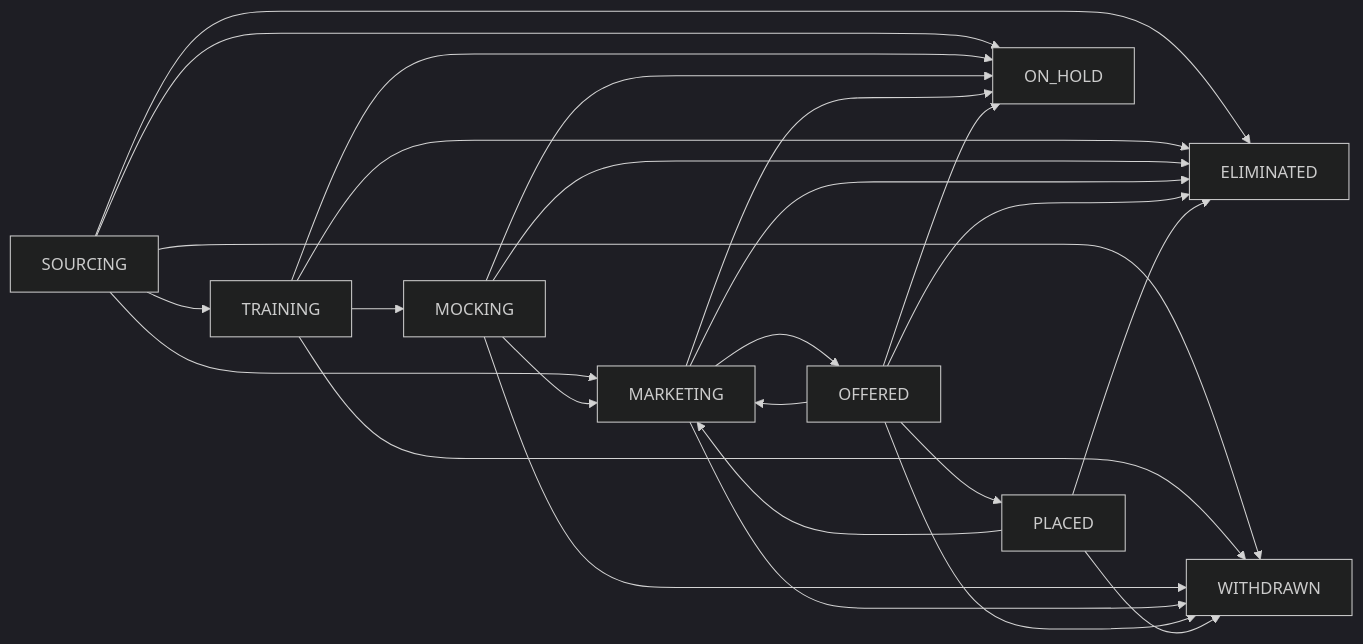
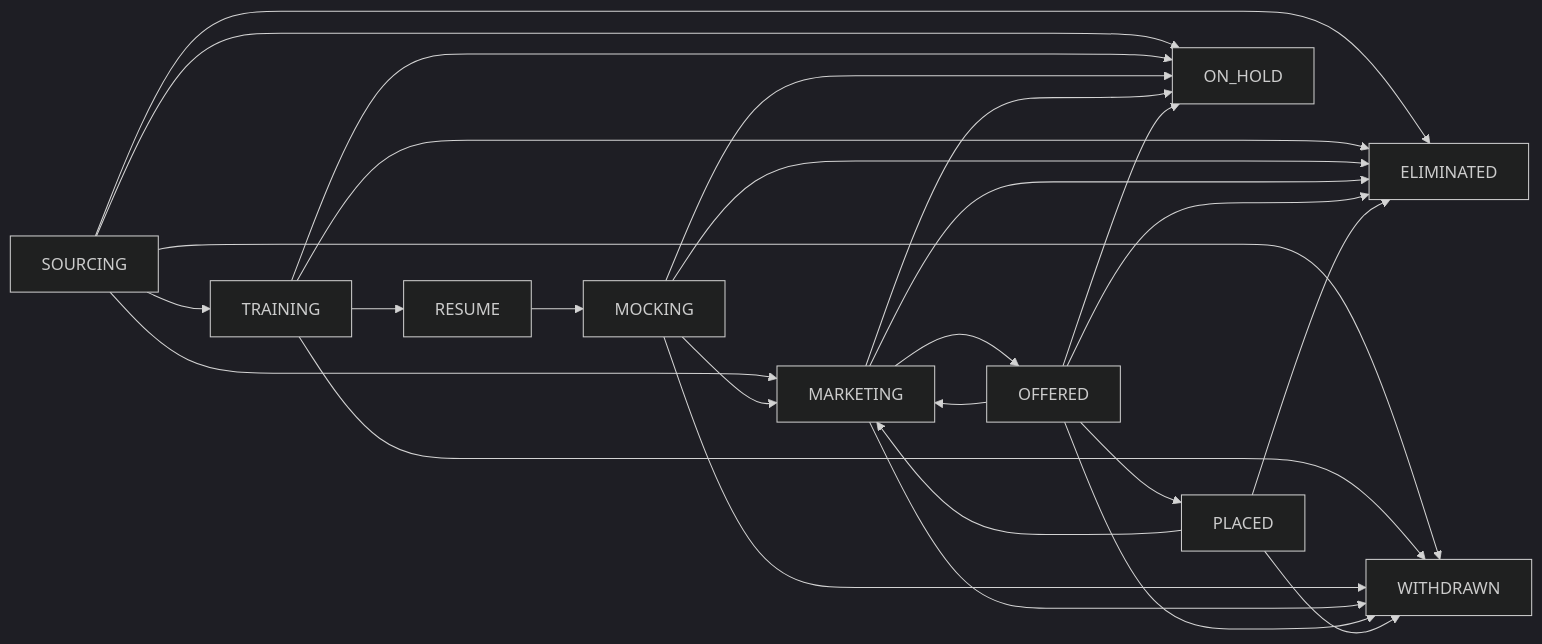
The diagram in DESIGN-CANDIDATE-LIFECYCLE.md (B1gO/vic_crm), drawn with Mermaid (dark theme) before and after one commit. The commit also changed other lines of this file and 15 other files, not shown here.

Commit message:
feat: add resume stage between training and mocking

````diff
--- a/DESIGN-CANDIDATE-LIFECYCLE.md
+++ b/DESIGN-CANDIDATE-LIFECYCLE.md
@@ -84,32 +88,33 @@
 ```mermaid
 flowchart LR
   A[SOURCING] --> B[TRAINING]
   A --> D[MARKETING]
-  B --> C[MOCKING]
+  B --> R[RESUME]
+  R --> C[MOCKING]
   C --> D
   D --> E[OFFERED]
   E --> F[PLACED]
 
   E --> D
   F --> D
 
   A --> X[ELIMINATED]
   B --> X
   C --> X
   D --> X
   E --> X
   F --> X
 
   A --> Y[WITHDRAWN]
   B --> Y
   C --> Y
   D --> Y
   E --> Y
   F --> Y
 
   A --> H[ON_HOLD]
   B --> H
   C --> H
   D --> H
   E --> H
 ```
````
